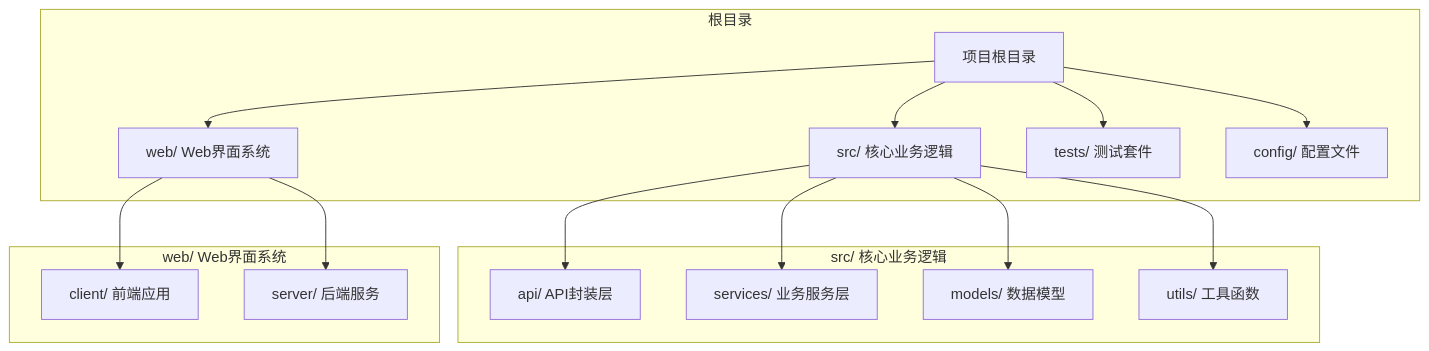
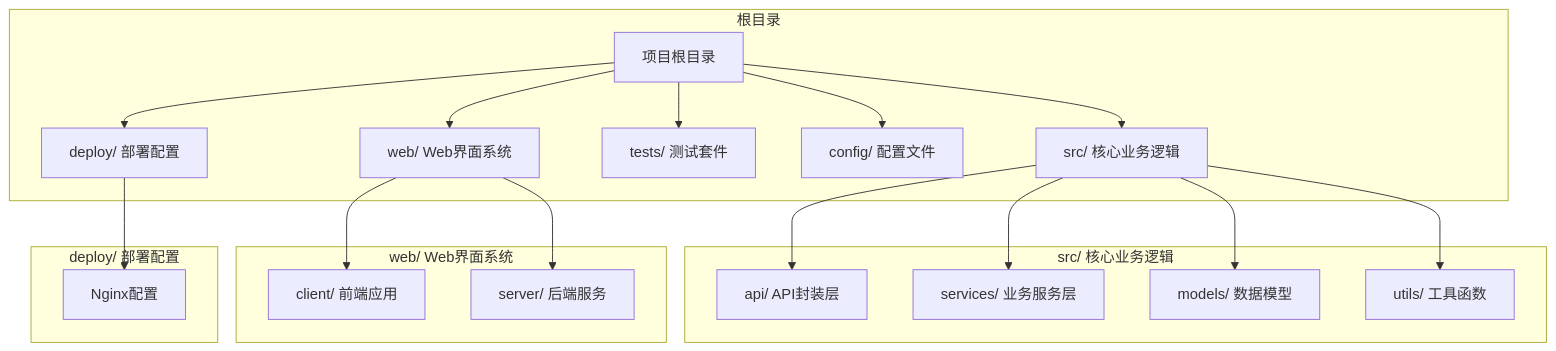
Before and after one commit to songdiyang/clawOperations: the first of 17 diagrams in .qoder/repowiki/zh/content/核心模块详解/Web界面系统/Web界面系统.md, drawn with Mermaid. The commit also changed other lines of this file and 10 other files, not shown here.

````diff
--- a/.qoder/repowiki/zh/content/核心模块详解/Web界面系统/Web界面系统.md
+++ b/.qoder/repowiki/zh/content/核心模块详解/Web界面系统/Web界面系统.md
@@ -67,30 +77,36 @@
 ```mermaid
 graph TB
 subgraph "根目录"
 Root[项目根目录]
 Src[src/ 核心业务逻辑]
 Web[web/ Web界面系统]
 Tests[tests/ 测试套件]
 Config[config/ 配置文件]
+Deploy[deploy/ 部署配置]
 end
 subgraph "src/ 核心业务逻辑"
 API[api/ API封装层]
 Services[services/ 业务服务层]
 Models[models/ 数据模型]
 Utils[utils/ 工具函数]
 end
 subgraph "web/ Web界面系统"
 Client[client/ 前端应用]
 Server[server/ 后端服务]
 end
+subgraph "deploy/ 部署配置"
+Nginx[Nginx配置]
+end
 Root --> Src
 Root --> Web
 Root --> Tests
 Root --> Config
+Root --> Deploy
 Src --> API
 Src --> Services
 Src --> Models
 Src --> Utils
 Web --> Client
 Web --> Server
+Deploy --> Nginx
 ```
````
